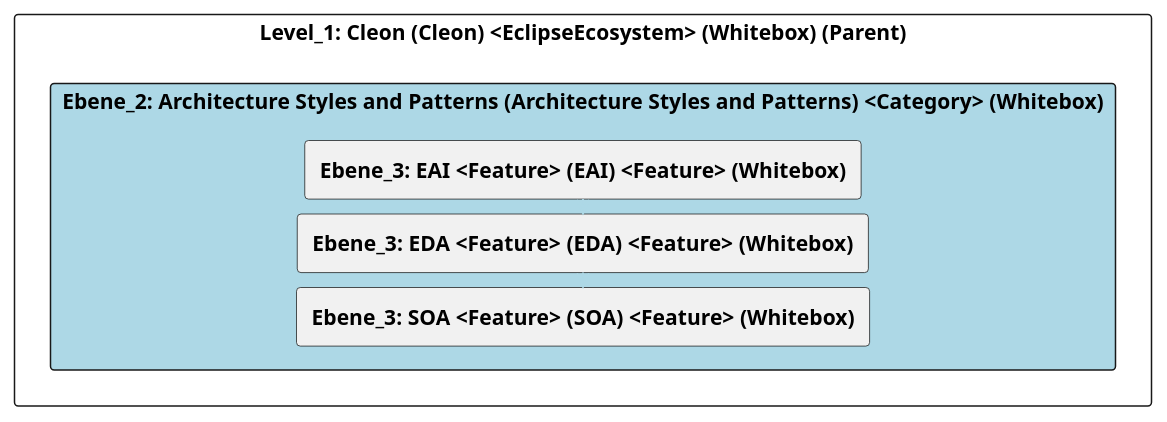
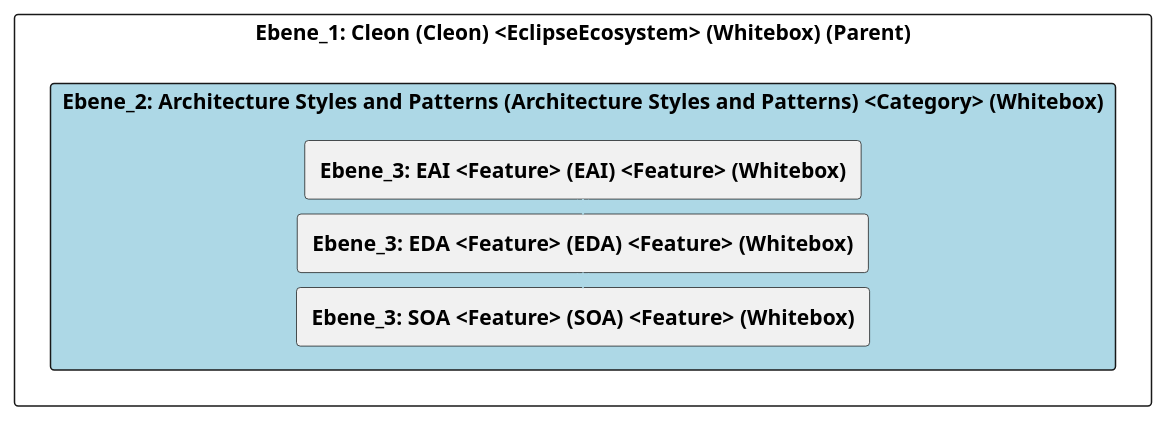
One commit to marcozwyssig/cleon changed the diagram in doc/cleonproject_deliverables_architecture_model_architecture/adoc/de/05_bausteinsicht/cleon/architecture_styles_and_patterns/ebene_2_architecture_styles_and_patterns.adoc. Above: the diagram before and after it, drawn with PlantUML. The commit also changed other lines of this file and 620 other files, not shown here.

```diff
--- a/doc/cleonproject_deliverables_architecture_model_architecture/adoc/de/05_bausteinsicht/cleon/architecture_styles_and_patterns/ebene_2_architecture_styles_and_patterns.adoc
+++ b/doc/cleonproject_deliverables_architecture_model_architecture/adoc/de/05_bausteinsicht/cleon/architecture_styles_and_patterns/ebene_2_architecture_styles_and_patterns.adoc
@@ -24,30 +24,30 @@
 [plantuml, Ebene_2: Architecture Styles and Patterns (Architecture Styles and Patterns) <Category> (Whitebox)BlockOverview, format="svg"]
 ----
 @startuml Ebene_2: Architecture Styles and Patterns (Architecture Styles and Patterns) <Category> (Whitebox)BuildingBlockOverview
 
 skinparam ranksep 10
 skinparam componentStyle rectangle
 skinparam shadowing false
 skinparam arrowColor lightblue
 skinparam arrowThickness 1.2
 skinparam rectangle {
   BackgroundColor White
   BorderColor #333
   RoundCorner 10
 }
 top to bottom direction
 
-component "Level_1: Cleon (Cleon) <EclipseEcosystem> (Whitebox) (Parent)" {
+component "Ebene_1: Cleon (Cleon) <EclipseEcosystem> (Whitebox) (Parent)" {
     component "Ebene_2: Architecture Styles and Patterns (Architecture Styles and Patterns) <Category> (Whitebox)" #lightblue {
         [**Ebene_3: EAI <Feature> (EAI) <Feature> (Whitebox)**] as 49055818_D579_11EE_903E_9F564E4DE07E
         [**Ebene_3: EDA <Feature> (EDA) <Feature> (Whitebox)**] as 49057F3D_D579_11EE_903E_9F564E4DE07E
         [**Ebene_3: SOA <Feature> (SOA) <Feature> (Whitebox)**] as 4905A650_D579_11EE_903E_9F564E4DE07E
     }
 
     49055818_D579_11EE_903E_9F564E4DE07E -down-> 49057F3D_D579_11EE_903E_9F564E4DE07E
     49057F3D_D579_11EE_903E_9F564E4DE07E -down-> 4905A650_D579_11EE_903E_9F564E4DE07E
     
 }
 
 @enduml
 ----
```
